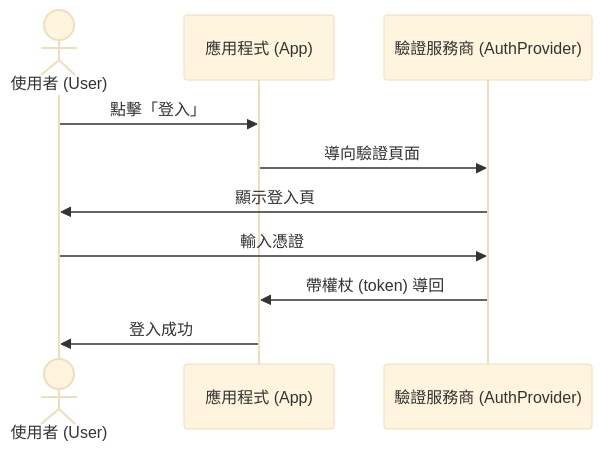
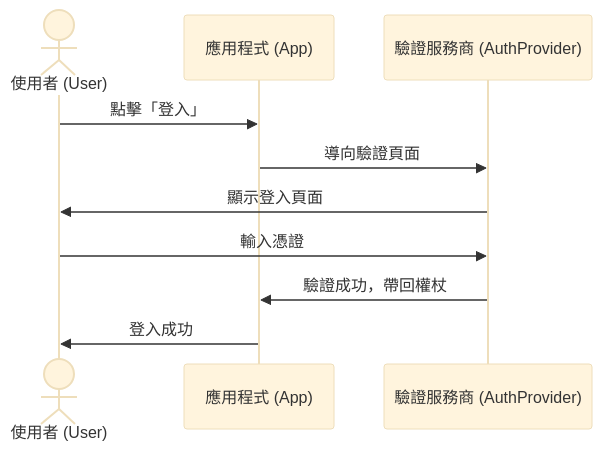
Before and after one commit to logto-io/docs: the first of 7 diagrams in i18n/zh-TW/docusaurus-plugin-content-docs/current/use-cases/multi-tenancy/build-multi-tenant-saas-application.mdx, drawn with Mermaid (base theme). The commit also changed other lines of this file and 666 other files, not shown here.

````diff
--- a/i18n/zh-TW/docusaurus-plugin-content-docs/current/use-cases/multi-tenancy/build-multi-tenant-saas-application.mdx
+++ b/i18n/zh-TW/docusaurus-plugin-content-docs/current/use-cases/multi-tenancy/build-multi-tenant-saas-application.mdx
@@ -186,13 +186,13 @@
 ```mermaid
 sequenceDiagram
   actor u as 使用者 (User)
   participant a as 應用程式 (App)
   participant auth as 驗證服務商 (AuthProvider)
 
   u->>a: 點擊「登入」
   a->>auth: 導向驗證頁面
-  auth->>u: 顯示登入頁
+  auth->>u: 顯示登入頁面
   u->>auth: 輸入憑證
-  auth->>a: 帶權杖 (token) 導回
+  auth->>a: 驗證成功，帶回權杖
   a->>u: 登入成功
 ```
````
